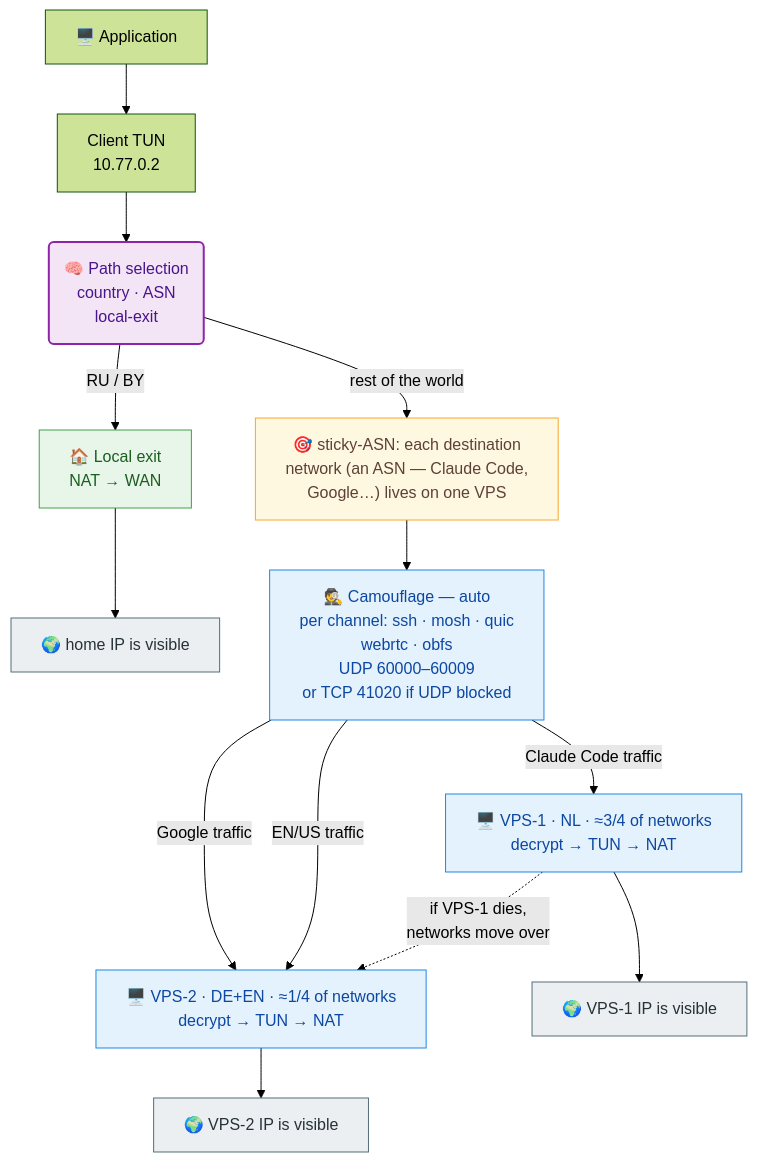
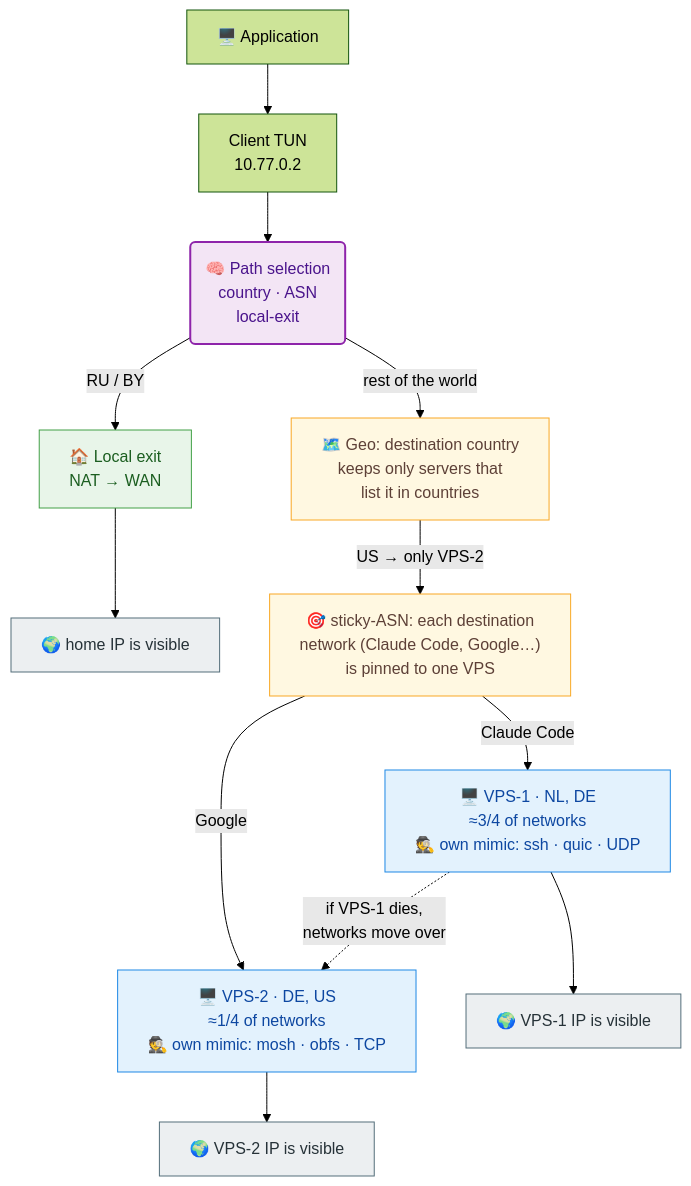
One commit to vadv/svpn changed the diagram in README.en.md. Above: the diagram before and after it, drawn with Mermaid (forest theme). The commit also changed other lines of this file and 3 other files, not shown here.

First line of the commit message:
docs: show geo scoping and per-VPS camouflage in the diagram

````diff
--- a/README.en.md
+++ b/README.en.md
@@ -9,26 +9,25 @@
 ```mermaid
 %%{init: {"flowchart": {"wrappingWidth": 280}}}%%
 flowchart TD
     app["🖥️ Application"] --> tun["Client TUN<br/>10.77.0.2"]
     tun --> brain("🧠 Path selection<br/>country · ASN<br/>local-exit")
     brain -->|"RU / BY"| local["🏠 Local exit<br/>NAT → WAN"]
     local --> home["🌍 home IP is visible"]
-    brain -->|"rest of the world"| asn["🎯 sticky-ASN: each destination<br/>network (an ASN — Claude Code,<br/>Google…) lives on one VPS"]
-    asn --> mimic["🕵️ Camouflage — auto<br/>per channel: ssh · mosh · quic<br/>webrtc · obfs<br/>UDP 60000–60009<br/>or TCP 41020 if UDP blocked"]
-    mimic -->|"Claude Code traffic"| vps1["🖥️ VPS-1 · NL · ≈3/4 of networks<br/>decrypt → TUN → NAT"]
-    mimic -->|"Google traffic"| vps2["🖥️ VPS-2 · DE+EN · ≈1/4 of networks<br/>decrypt → TUN → NAT"]
-    mimic -->|"EN/US traffic"| vps2
+    brain -->|"rest of the world"| geo["🗺️ Geo: destination country<br/>keeps only servers that<br/>list it in countries"]
+    geo -->|"US → only VPS-2"| asn["🎯 sticky-ASN: each destination<br/>network (Claude Code, Google…)<br/>is pinned to one VPS"]
+    asn -->|"Claude Code"| vps1["🖥️ VPS-1 · NL, DE<br/>≈3/4 of networks<br/>🕵️ own mimic: ssh · quic · UDP"]
+    asn -->|"Google"| vps2["🖥️ VPS-2 · DE, US<br/>≈1/4 of networks<br/>🕵️ own mimic: mosh · obfs · TCP"]
     vps1 --> net1["🌍 VPS-1 IP is visible"]
     vps2 --> net2["🌍 VPS-2 IP is visible"]
     vps1 -.->|"if VPS-1 dies,<br/>networks move over"| vps2
     classDef brain fill:#f3e5f5,stroke:#8e24aa,stroke-width:2px,color:#4a148c
     classDef local fill:#e8f5e9,stroke:#43a047,color:#1b5e20
     classDef asn fill:#fff8e1,stroke:#f9a825,color:#5d4037
     classDef vpn fill:#e3f2fd,stroke:#1e88e5,color:#0d47a1
     classDef edge fill:#eceff1,stroke:#546e7a,color:#263238
     class brain brain
     class local local
-    class asn asn
-    class mimic,vps1,vps2 vpn
+    class geo,asn asn
+    class vps1,vps2 vpn
     class home,net1,net2 edge
 ```
````
